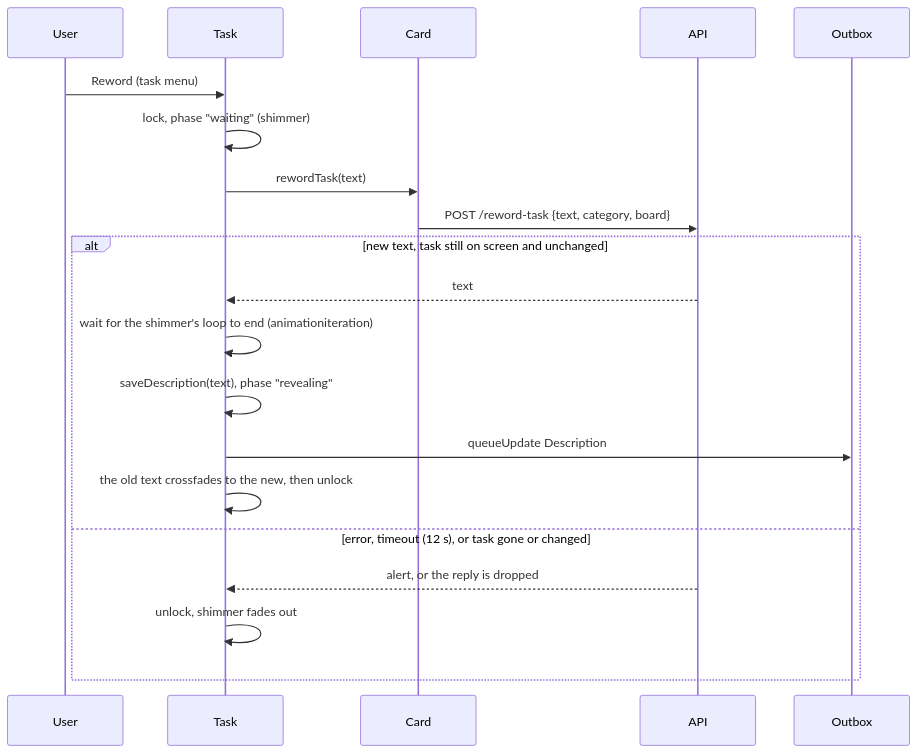
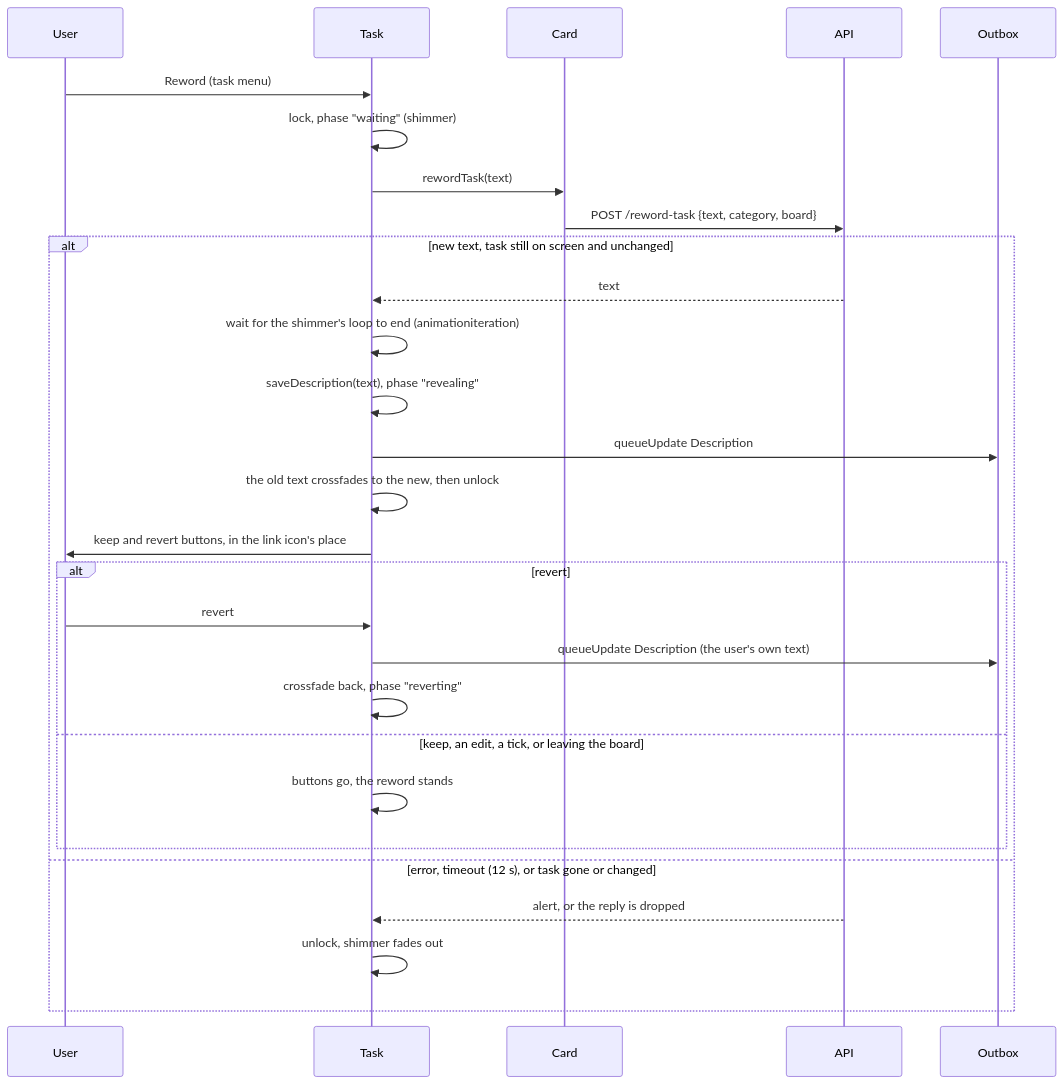
One commit to TomBenjaminMorris/listpal-frontend changed the eighth of 11 diagrams in ARCHITECTURE.md. Above: the diagram before and after it, drawn with Mermaid. The commit also changed other lines of this file and 5 other files, not shown here.

First line of the commit message:
Let the user keep or revert a reword

````diff
--- a/ARCHITECTURE.md
+++ b/ARCHITECTURE.md
@@ -351,23 +351,31 @@
 ```mermaid
 sequenceDiagram
     participant U as User
     participant T as Task
     participant C as Card
     participant A as API
     participant O as Outbox
 
     U->>T: Reword (task menu)
     T->>T: lock, phase "waiting" (shimmer)
     T->>C: rewordTask(text)
     C->>A: POST /reword-task {text, category, board}
     alt new text, task still on screen and unchanged
         A-->>T: text
         T->>T: wait for the shimmer's loop to end (animationiteration)
         T->>T: saveDescription(text), phase "revealing"
         T->>O: queueUpdate Description
         T->>T: the old text crossfades to the new, then unlock
+        T->>U: keep and revert buttons, in the link icon's place
+        alt revert
+            U->>T: revert
+            T->>O: queueUpdate Description (the user's own text)
+            T->>T: crossfade back, phase "reverting"
+        else keep, an edit, a tick, or leaving the board
+            T->>T: buttons go, the reword stands
+        end
     else error, timeout (12 s), or task gone or changed
         A-->>T: alert, or the reply is dropped
         T->>T: unlock, shimmer fades out
     end
 ```
````
